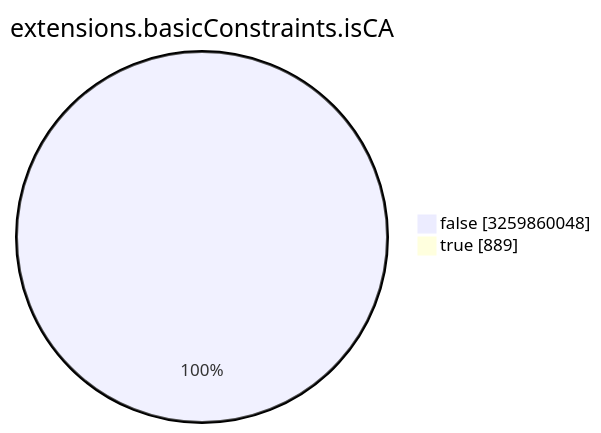
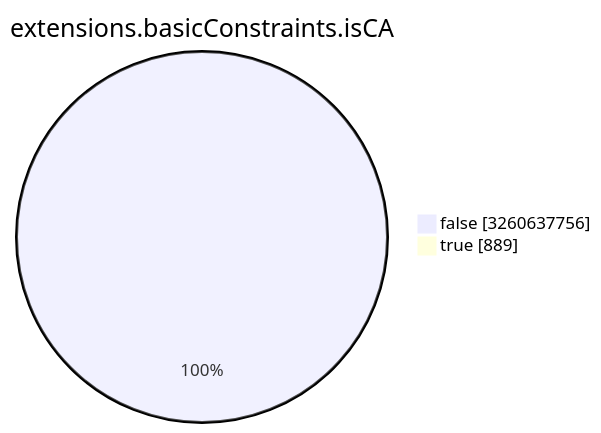
One commit to christiankrug/ctmonitor_visualization changed the seventh of 15 diagrams in TOTAL/README.md. Above: the diagram before and after it, drawn with Mermaid. The commit also changed other lines of this file, not shown here.

````diff
--- a/TOTAL/README.md
+++ b/TOTAL/README.md
@@ -3088,6 +3088,6 @@
 ```mermaid
 pie showData
 title extensions.basicConstraints.isCA
-"false" :3259860048
+"false" :3260637756
 "true" :889
 ```
````
